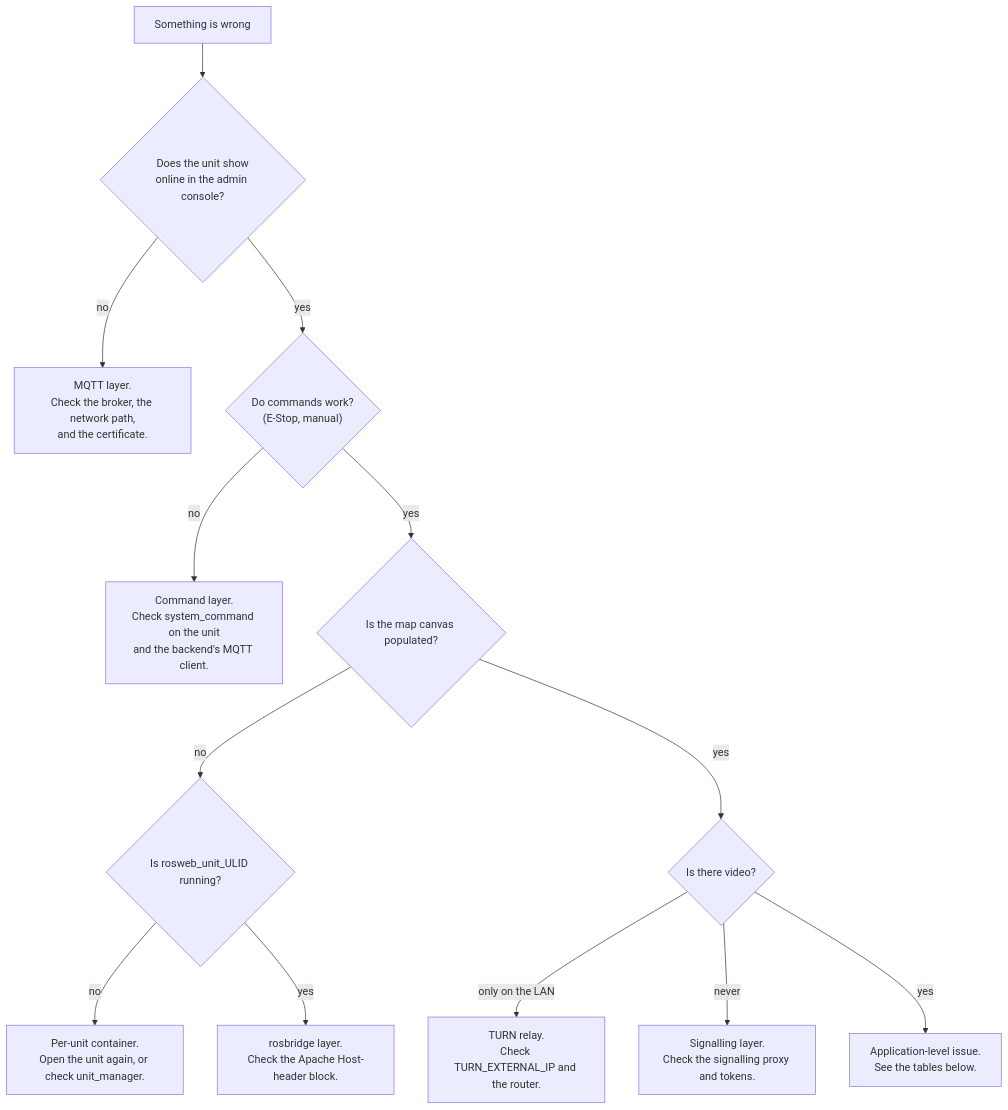
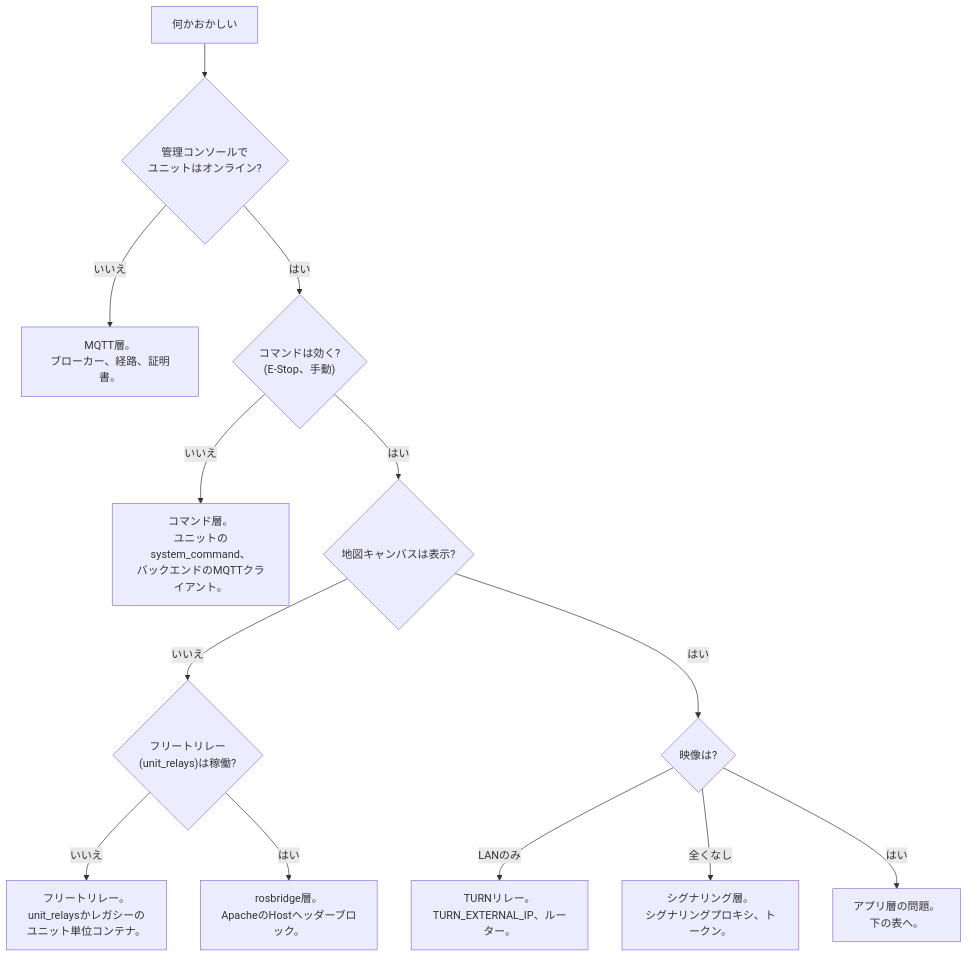
The diagram in docs/ja/setup/troubleshooting.md (itbdelaboprogramming/msd700_documentation), drawn with Mermaid before and after one commit. The commit also changed other lines of this file and 110 other files, not shown here.

````diff
--- a/docs/ja/setup/troubleshooting.md
+++ b/docs/ja/setup/troubleshooting.md
@@ -9,15 +9,15 @@
 ```mermaid
 flowchart TB
-  A["Something is wrong"] --> B{"Does the unit show<br/>online in the admin console?"}
-  B -->|no| C["MQTT layer.<br/>Check the broker, the network path,<br/>and the certificate."]
-  B -->|yes| D{"Do commands work?<br/>(E-Stop, manual)"}
-  D -->|no| E["Command layer.<br/>Check system_command on the unit<br/>and the backend's MQTT client."]
-  D -->|yes| F{"Is the map canvas populated?"}
-  F -->|no| G{"Is rosweb_unit_ULID running?"}
-  G -->|no| H["Per-unit container.<br/>Open the unit again, or check unit_manager."]
-  G -->|yes| I["rosbridge layer.<br/>Check the Apache Host-header block."]
-  F -->|yes| J{"Is there video?"}
-  J -->|"only on the LAN"| K["TURN relay.<br/>Check TURN_EXTERNAL_IP and the router."]
-  J -->|"never"| L["Signalling layer.<br/>Check the signalling proxy and tokens."]
-  J -->|yes| M["Application-level issue.<br/>See the tables below."]
+  A["何かおかしい"] --> B{"管理コンソールで<br/>ユニットはオンライン?"}
+  B -->|いいえ| C["MQTT層。<br/>ブローカー、経路、証明書。"]
+  B -->|はい| D{"コマンドは効く?<br/>(E-Stop、手動)"}
+  D -->|いいえ| E["コマンド層。<br/>ユニットのsystem_command、<br/>バックエンドのMQTTクライアント。"]
+  D -->|はい| F{"地図キャンバスは表示?"}
+  F -->|いいえ| G{"フリートリレー<br/>(unit_relays)は稼働?"}
+  G -->|いいえ| H["フリートリレー。<br/>unit_relaysかレガシーの<br/>ユニット単位コンテナ。"]
+  G -->|はい| I["rosbridge層。<br/>ApacheのHostヘッダーブロック。"]
+  F -->|はい| J{"映像は?"}
+  J -->|"LANのみ"| K["TURNリレー。<br/>TURN_EXTERNAL_IP、ルーター。"]
+  J -->|"全くなし"| L["シグナリング層。<br/>シグナリングプロキシ、トークン。"]
+  J -->|はい| M["アプリ層の問題。<br/>下の表へ。"]
 ```
````
